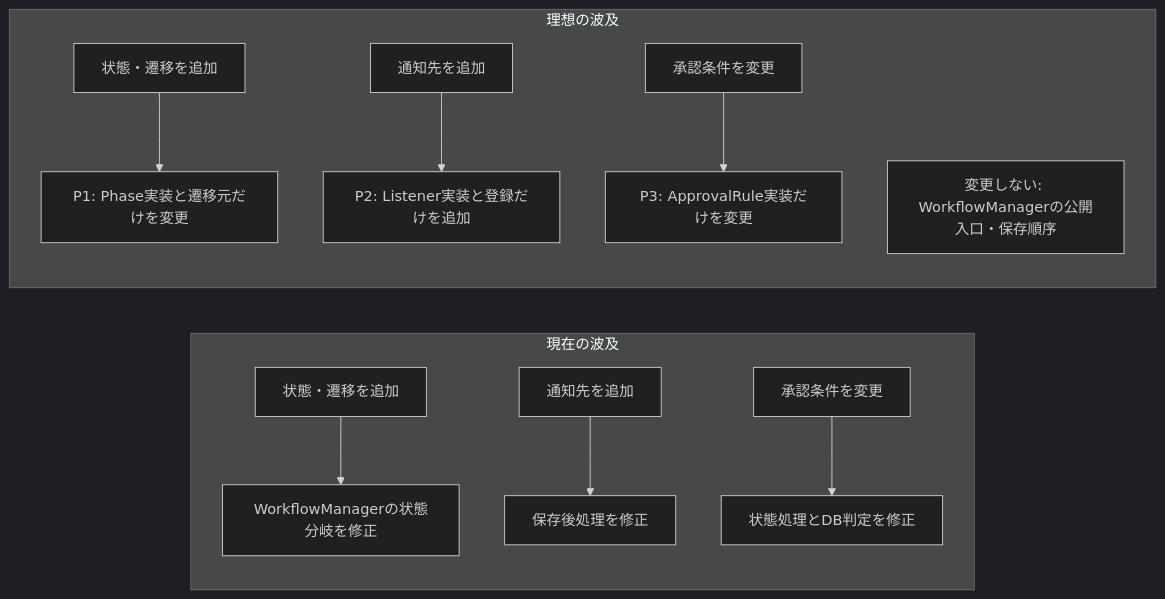
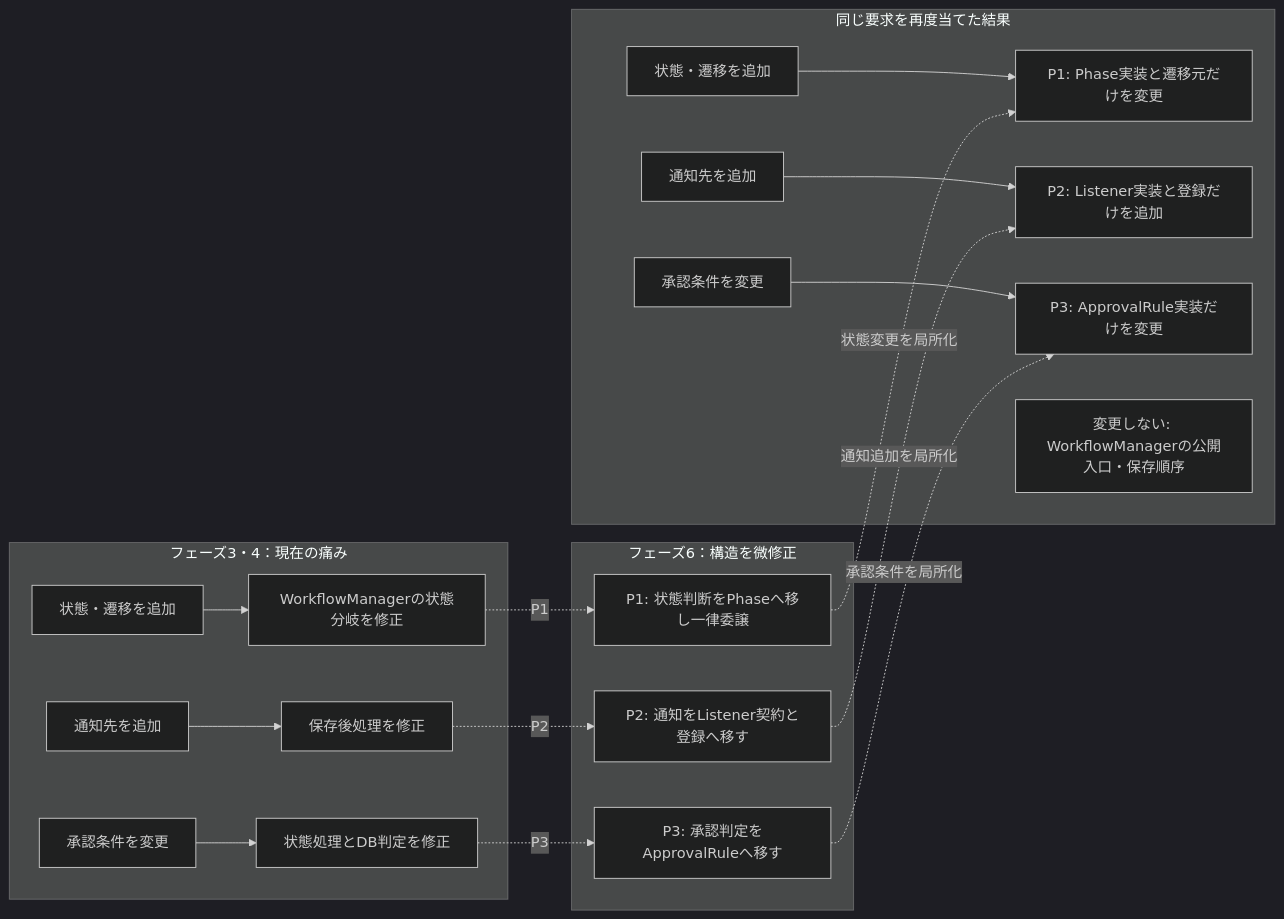
One commit to kumachan1101-pixel/DesignPattern changed the tenth of 19 diagrams in kindle/design-patterns/output/chapter12.md. Above: the diagram before and after it, drawn with Mermaid (dark theme). The commit also changed other lines of this file and 22 other files, not shown here.

````diff
--- a/kindle/design-patterns/output/chapter12.md
+++ b/kindle/design-patterns/output/chapter12.md
@@ -1039,14 +1039,25 @@
 ```mermaid
 flowchart LR
-    subgraph Current["現在の波及"]
+    subgraph Pain["フェーズ3・4：現在の痛み"]
         CR1["状態・遷移を追加"] --> C1["WorkflowManagerの状態分岐を修正"]
         CR2["通知先を追加"] --> C2["保存後処理を修正"]
         CR3["承認条件を変更"] --> C3["状態処理とDB判定を修正"]
     end
-    subgraph Ideal["理想の波及"]
+    subgraph StructuralChange["フェーズ6：構造を微修正"]
+        S1["P1: 状態判断をPhaseへ移し一律委譲"]
+        S2["P2: 通知をListener契約と登録へ移す"]
+        S3["P3: 承認判定をApprovalRuleへ移す"]
+    end
+    subgraph Result["同じ要求を再度当てた結果"]
         IR1["状態・遷移を追加"] --> I1["P1: Phase実装と遷移元だけを変更"]
         IR2["通知先を追加"] --> I2["P2: Listener実装と登録だけを追加"]
         IR3["承認条件を変更"] --> I3["P3: ApprovalRule実装だけを変更"]
         IS["変更しない: WorkflowManagerの公開入口・保存順序"]
     end
+    C1 -. "P1" .-> S1
+    S1 -. "状態変更を局所化" .-> I1
+    C2 -. "P2" .-> S2
+    S2 -. "通知追加を局所化" .-> I2
+    C3 -. "P3" .-> S3
+    S3 -. "承認条件を局所化" .-> I3
 ```
````
